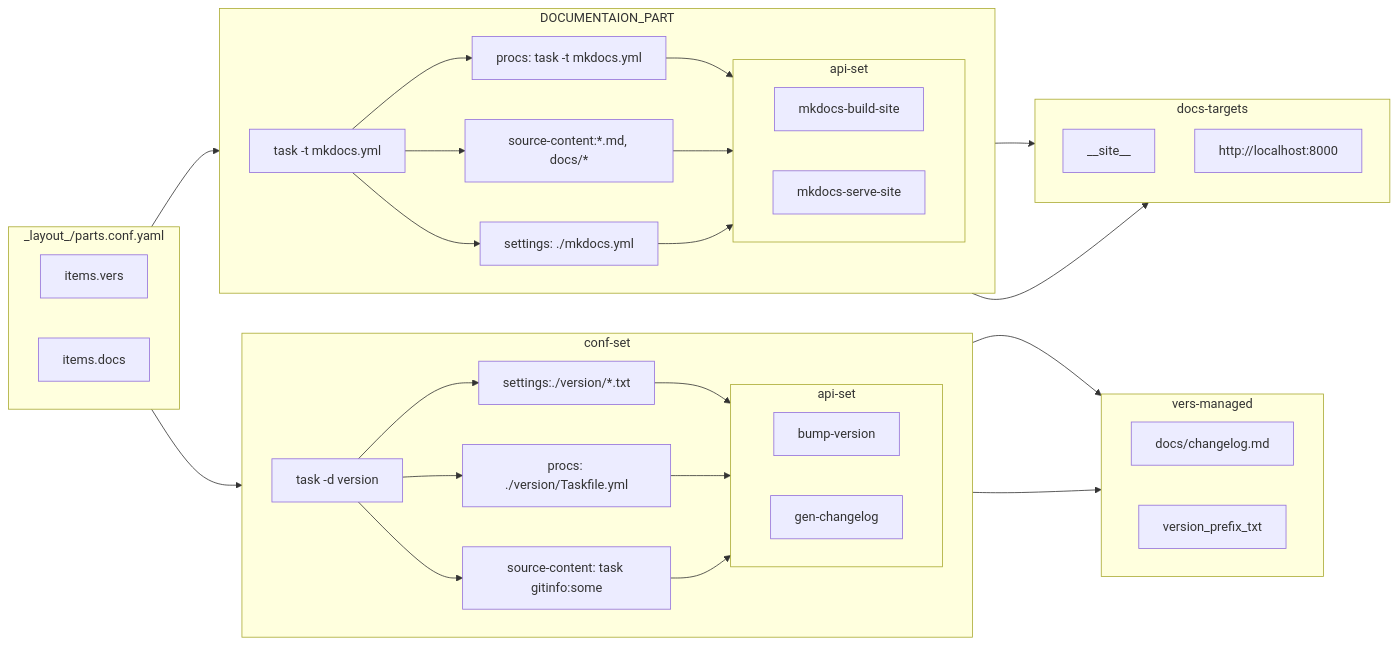
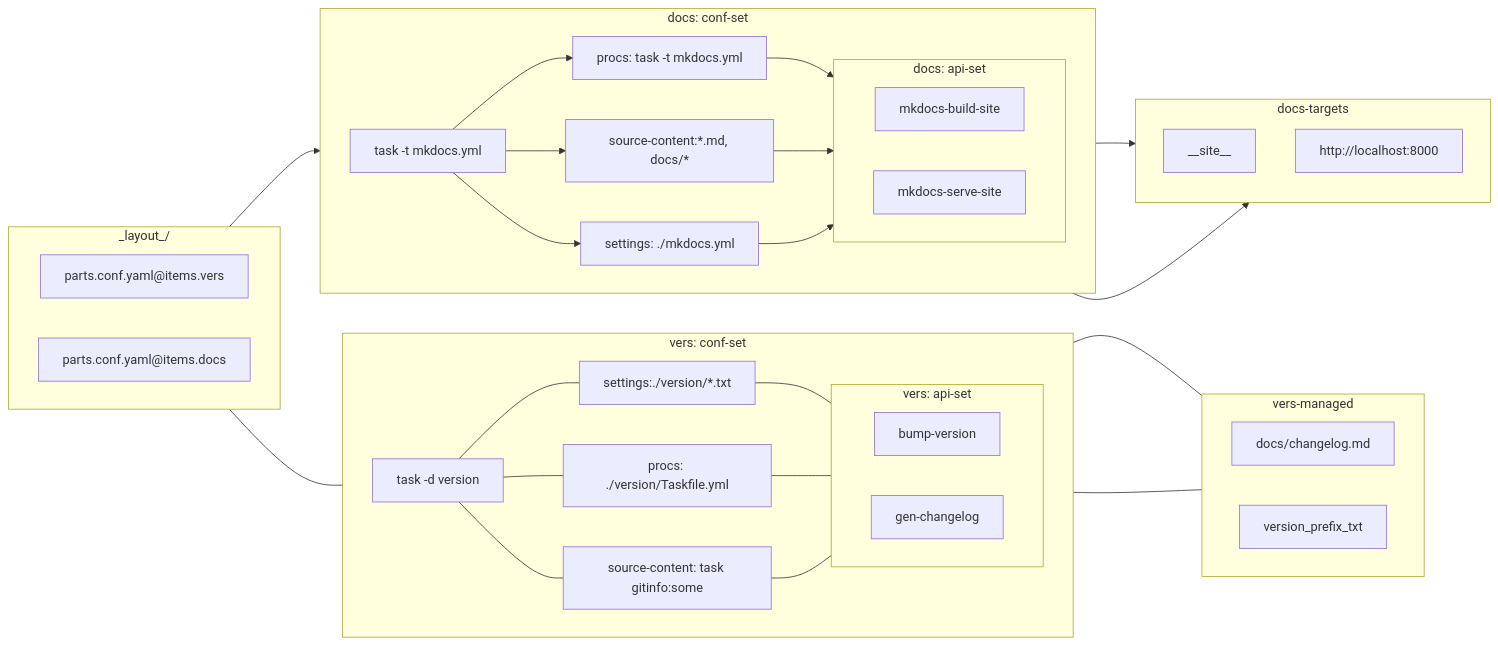
Before and after one commit to lioryah/lior-bootstrap: the first of 2 diagrams in docs/structure/structure.layout-flowgraph.md, drawn with Mermaid.

Commit message:
wip:structure

````diff
--- a/docs/structure/structure.layout-flowgraph.md
+++ b/docs/structure/structure.layout-flowgraph.md
@@ -5,55 +5,55 @@
 ```mermaid
 flowchart LR
-  subgraph PROJECT_PARTS["_layout_/parts.conf.yaml"]
+  subgraph PROJECT_PARTS["_layout_/"]
       direction LR
-      part-vers["items.vers"]
-      part-docs["items.docs"]
+      part-vers["parts.conf.yaml@items.vers"]
+      part-docs["parts.conf.yaml@items.docs"]
   end
   subgraph VERSIONS_PART_MANAGED[vers-managed]
       direction LR
 
       changelog["docs/changelog.md"]
       version_prefix_txt
   end
-  subgraph VERSIONS_PART[conf-set]
+  subgraph VERSIONS_PART[vers: conf-set]
       direction LR
-      part-vers --> part-ly["task -d version"]
-      part-ly --> procs-tasks["procs: ./version/Taskfile.yml"]
-      part-ly --> settings["settings:./version/*.txt"]
-      part-ly --> source-content["source-content: task gitinfo:some"]
-      settings --> apply-version-task-api
-      procs-tasks --> apply-version-task-api
-      source-content --> apply-version-task-api
+      part-vers --- part-ly["task -d version"]
+      part-ly --- procs-tasks["procs: ./version/Taskfile.yml"]
+      part-ly --- settings["settings:./version/*.txt"]
+      part-ly --- source-content["source-content: task gitinfo:some"]
+      settings --- apply-version-task-api
+      procs-tasks --- apply-version-task-api
+      source-content --- apply-version-task-api
   end
 
-  subgraph apply-version-task-api[api-set]
+  subgraph apply-version-task-api[vers: api-set]
       direction LR
-      bump-version --> version_prefix_txt
-      gen-changelog --> changelog
+      bump-version --- version_prefix_txt
+      gen-changelog --- changelog
   end
 
   subgraph DOCUMENTAION_PART_MANAGED["docs-targets"]
       direction TB
       __site__["__site__"]
       http_res["http://localhost:8000"]
   end
-  subgraph DOCUMENTAION_PART
+  subgraph DOCUMENTAION_PART[docs: conf-set]
       direction LR
       part-config["task -t mkdocs.yml"]
       part-config --> part-procs["procs: task -t mkdocs.yml"]
       part-config --> product-path["settings: ./mkdocs.yml"]
       part-config --> part-source["source-content:*.md, docs/*"]
 
       part-procs --> apply-docs-task-api
       part-source --> apply-docs-task-api
       product-path --> apply-docs-task-api
 
 
   end
-  subgraph apply-docs-task-api[api-set]
+  subgraph apply-docs-task-api[docs: api-set]
       direction LR
       mkdocs-build-site --> __site__
       mkdocs-serve-site --> http_res
   end
   part-docs --> part-config
 ```
````
